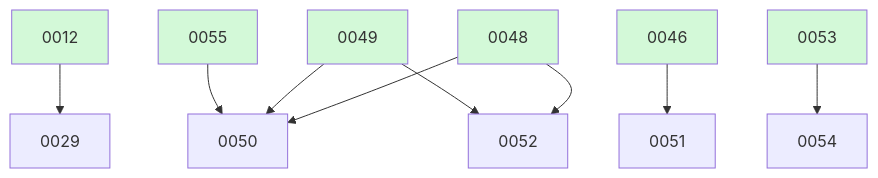
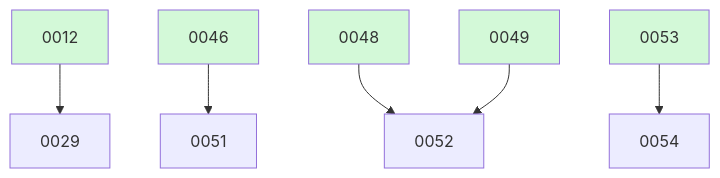
One commit to ethanhinson/fuse changed the diagram in docs/changes/BOARD.md. Above: the diagram before and after it, drawn with Mermaid. The commit also changed other lines of this file, not shown here.

````diff
--- a/docs/changes/BOARD.md
+++ b/docs/changes/BOARD.md
@@ -25,18 +19,14 @@
 ```mermaid
 graph TD
   0012 --> 0029
-  0048 --> 0050
-  0049 --> 0050
-  0055 --> 0050
   0046 --> 0051
   0048 --> 0052
   0049 --> 0052
   0053 --> 0054
   0012:::done
   0046:::done
   0048:::done
   0049:::done
   0053:::done
-  0055:::done
   classDef done fill:#d3f9d8;
 ```
````
